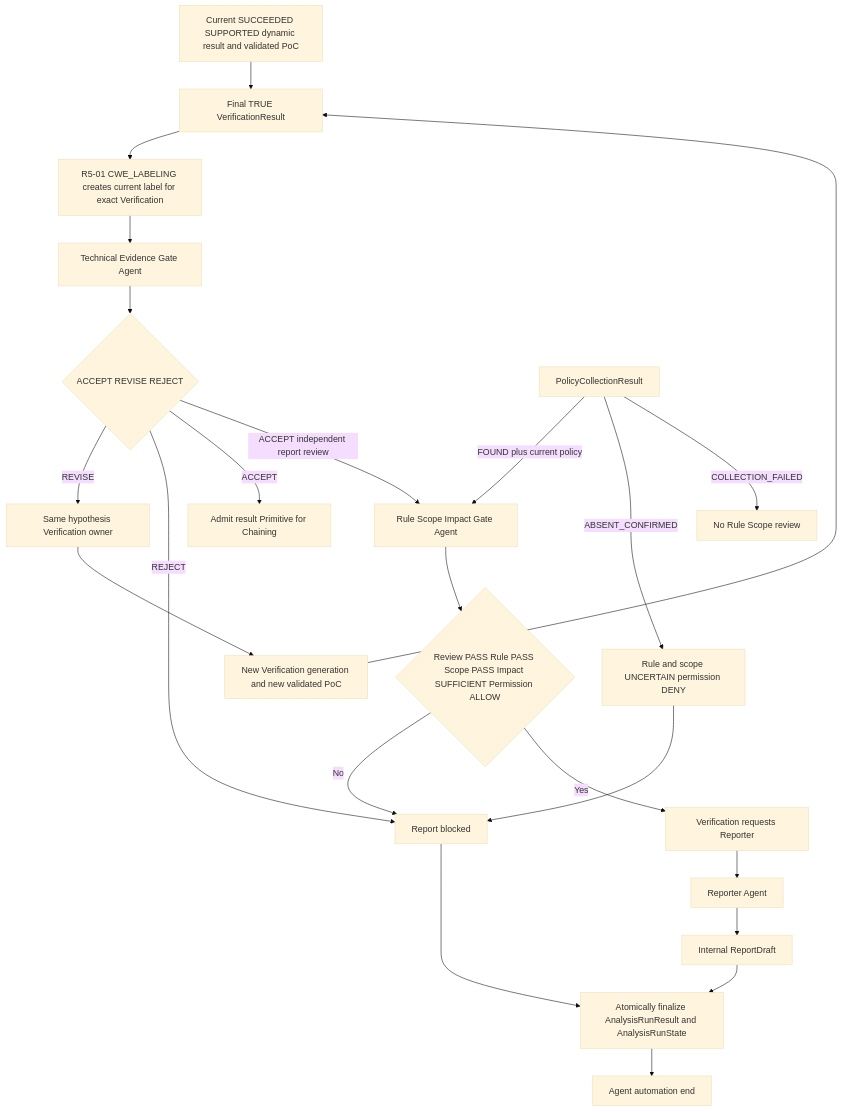
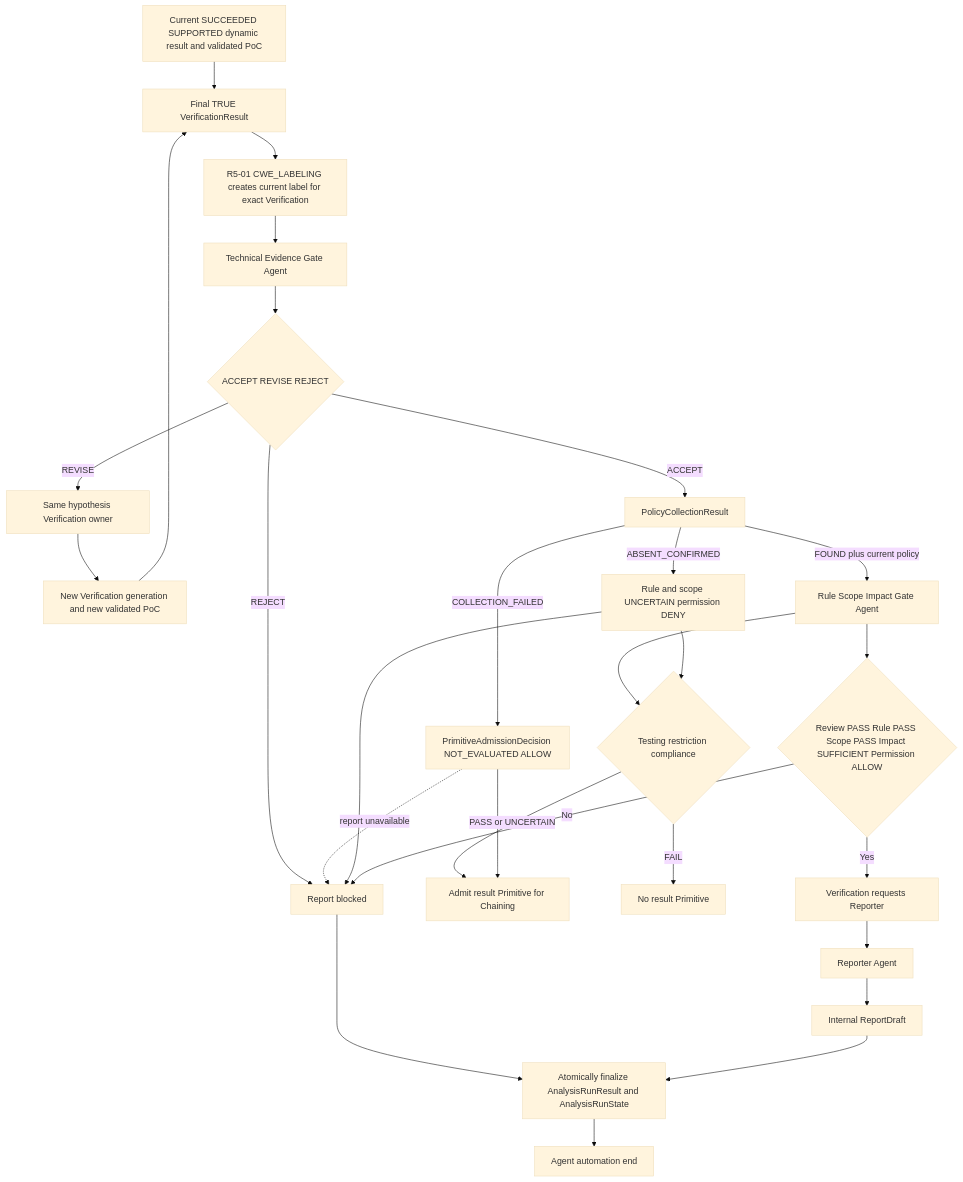
One commit to SASTsimi/sastsimi changed the sixth of 13 diagrams in docs/architecture-v5/13-architecture-diagrams.md. Above: the diagram before and after it, drawn with Mermaid (base theme). The commit also changed other lines of this file and 27 other files, not shown here.

Commit message:
docs: define prohibited-testing primitive admission contract

````diff
--- a/docs/architecture-v5/13-architecture-diagrams.md
+++ b/docs/architecture-v5/13-architecture-diagrams.md
@@ -244,25 +250,30 @@
 ```mermaid
 flowchart TB
     DYN[Current SUCCEEDED SUPPORTED dynamic result and validated PoC] --> VR[Final TRUE VerificationResult]
     VR --> CWE[R5-01 CWE_LABELING creates current label for exact Verification]
     CWE --> TECH[Technical Evidence Gate Agent]
     TECH --> TS{ACCEPT REVISE REJECT}
     TS -->|REVISE| BACK[Same hypothesis Verification owner]
     BACK --> NEWGEN[New Verification generation and new validated PoC]
     NEWGEN --> VR
     TS -->|REJECT| BLOCK[Report blocked]
-    TS -->|ACCEPT| PRIMITIVE[Admit result Primitive for Chaining]
-    TS -->|ACCEPT independent report review| RULE[Rule Scope Impact Gate Agent]
-    COLLECT[PolicyCollectionResult] -->|FOUND plus current policy| RULE
+    TS -->|ACCEPT| COLLECT[PolicyCollectionResult]
+    COLLECT -->|FOUND plus current policy| RULE[Rule Scope Impact Gate Agent]
     COLLECT -->|ABSENT_CONFIRMED| UNCERTAIN[Rule and scope UNCERTAIN permission DENY]
-    COLLECT -->|COLLECTION_FAILED| NOGATE[No Rule Scope review]
+    COLLECT -->|COLLECTION_FAILED| ADMIT[PrimitiveAdmissionDecision NOT_EVALUATED ALLOW]
+    RULE --> PA{Testing restriction compliance}
+    PA -->|PASS or UNCERTAIN| PRIMITIVE[Admit result Primitive for Chaining]
+    PA -->|FAIL| NOPRIMITIVE[No result Primitive]
+    ADMIT --> PRIMITIVE
+    ADMIT -. report unavailable .-> BLOCK
+    UNCERTAIN --> PA
     UNCERTAIN --> BLOCK
     RULE --> READY{Review PASS Rule PASS Scope PASS Impact SUFFICIENT Permission ALLOW}
     READY -->|No| BLOCK
     READY -->|Yes| RREQ[Verification requests Reporter]
     RREQ --> REPORTER[Reporter Agent]
     REPORTER --> DRAFT[Internal ReportDraft]
     BLOCK --> FINAL[Atomically finalize AnalysisRunResult and AnalysisRunState]
     DRAFT --> FINAL
     FINAL --> END[Agent automation end]
 ```
````
